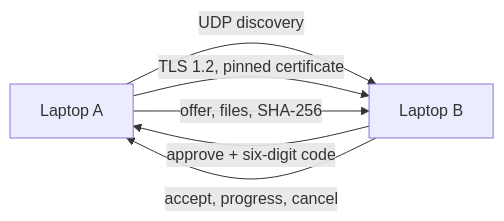
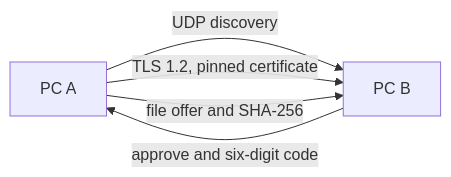
The diagram in README.md (SMR-2009/lanbridge), drawn with Mermaid before and after one commit. The commit also changed other lines of this file and 41 other files, not shown here.

````diff
--- a/README.md
+++ b/README.md
@@ -99,8 +80,7 @@
 ```mermaid
 flowchart LR
-  A[Laptop A] -- UDP discovery --> B[Laptop B]
+  A[PC A] -- UDP discovery --> B[PC B]
   A -- TLS 1.2, pinned certificate --> B
-  B -- approve + six-digit code --> A
-  A -- offer, files, SHA-256 --> B
-  B -- accept, progress, cancel --> A
+  B -- approve and six-digit code --> A
+  A -- file offer and SHA-256 --> B
 ```
````
